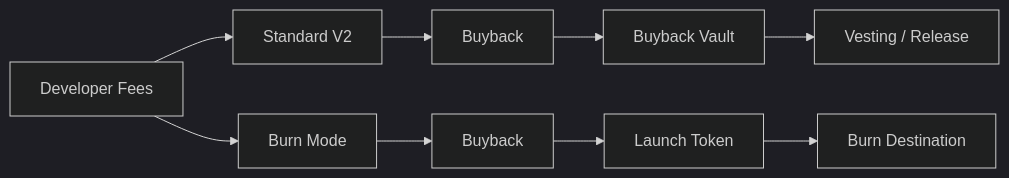
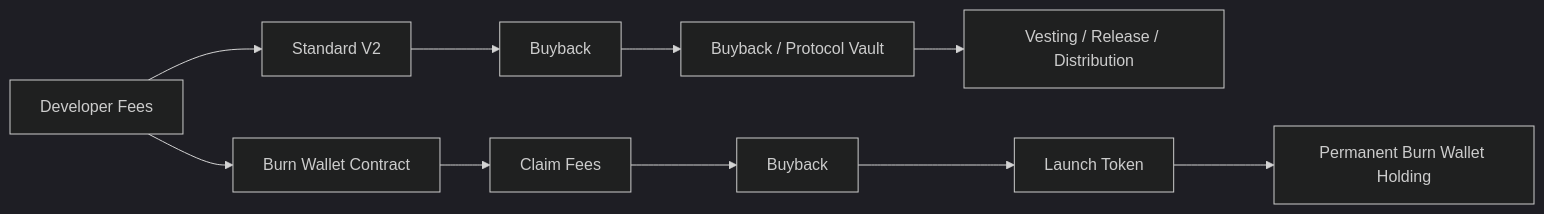
The sixth of 7 diagrams in README.md (Horsaeshit/test), drawn with Mermaid (dark theme) before and after one commit. The commit also changed other lines of this file, not shown here.

````diff
--- a/README.md
+++ b/README.md
@@ -318,12 +645,15 @@
 ```mermaid
 flowchart LR
     FEES["Developer Fees"]
+
     FEES --> STANDARD["Standard V2"]
-    FEES --> BURN["Burn Mode"]
     STANDARD --> BUY1["Buyback"]
-    BUY1 --> VAULT["Buyback Vault"]
-    VAULT --> VEST["Vesting / Release"]
-    BURN --> BUY2["Buyback"]
+    BUY1 --> VAULT["Buyback / Protocol Vault"]
+    VAULT --> RELEASE["Vesting / Release / Distribution"]
+
+    FEES --> BURN["Burn Wallet Contract"]
+    BURN --> CLAIM["Claim Fees"]
+    CLAIM --> BUY2["Buyback"]
     BUY2 --> TOKEN["Launch Token"]
-    TOKEN --> DEST["Burn Destination"]
+    TOKEN --> DEAD["Permanent Burn Wallet Holding"]
 ```
````
